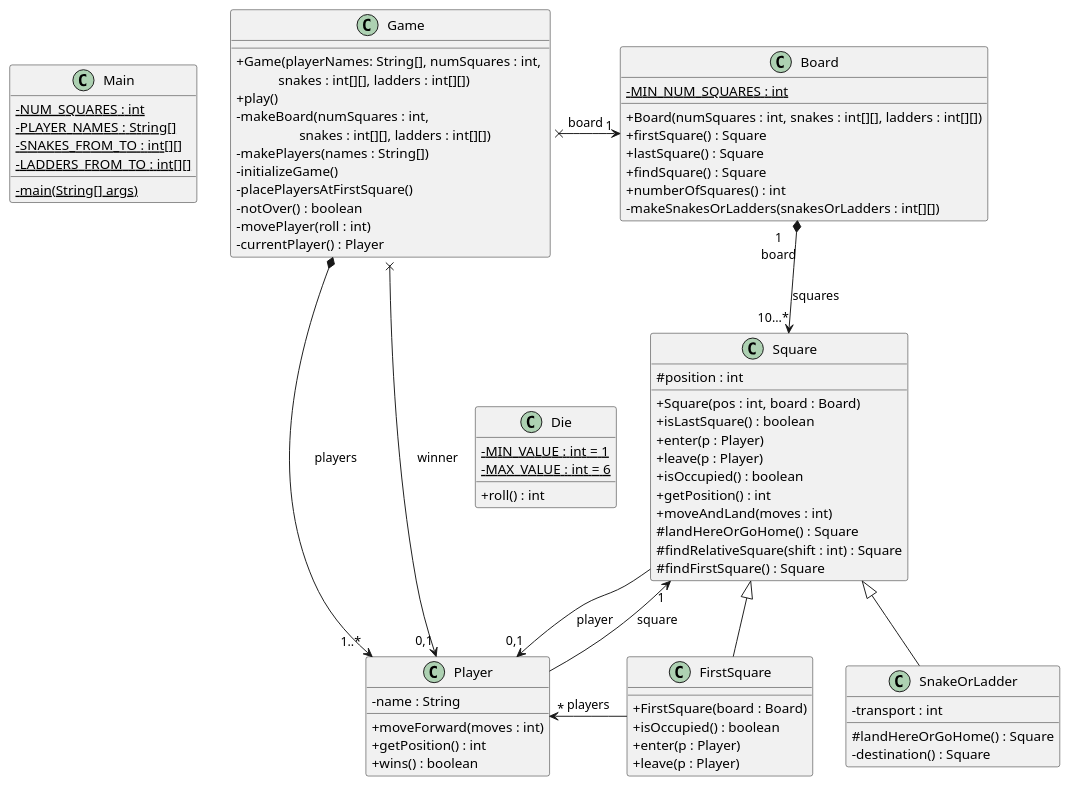
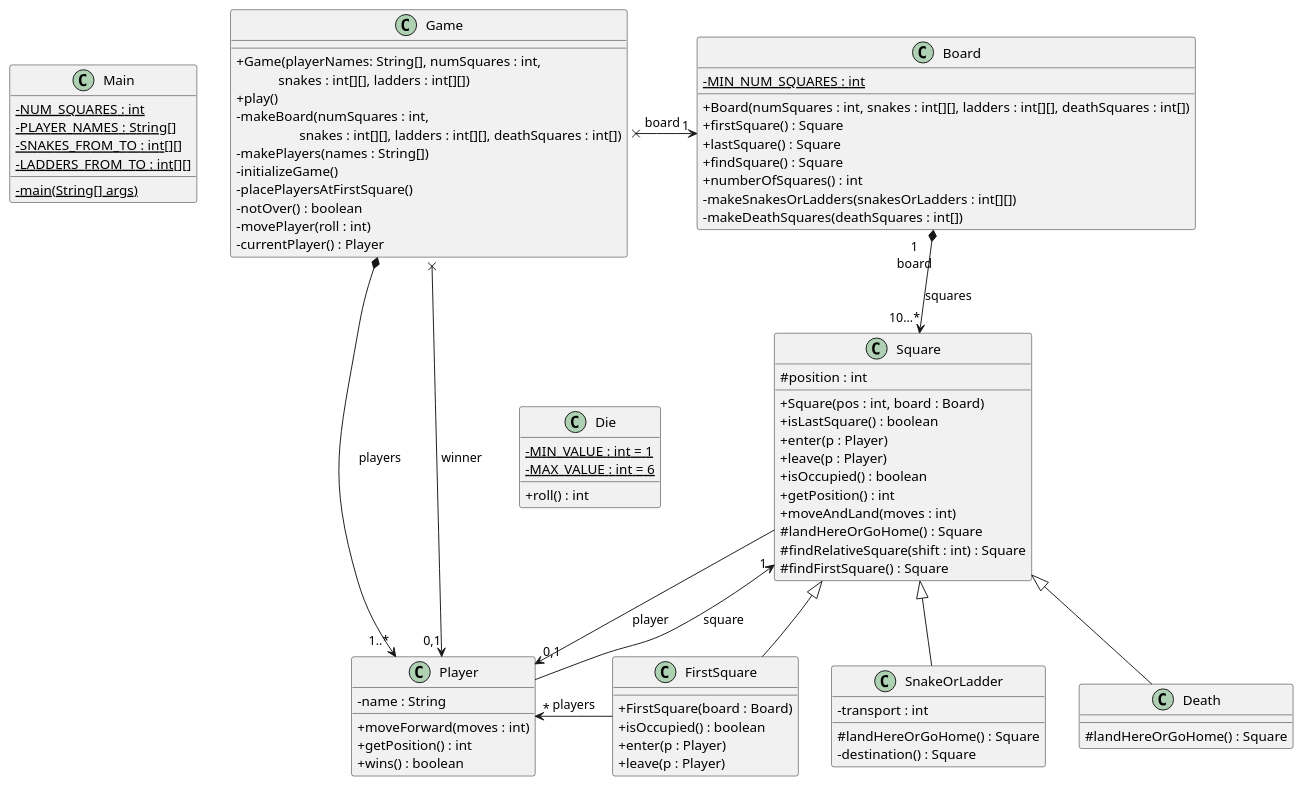
The diagram in out/production/snakes_and_ladders/snakesAndLadders.puml (leonhrt/snakes_and_ladders), drawn with PlantUML before and after one commit. The commit also changed 1 other file, not shown here.

Commit message:
Change on the number of death squares

```diff
--- a/out/production/snakes_and_ladders/snakesAndLadders.puml
+++ b/out/production/snakes_and_ladders/snakesAndLadders.puml
@@ -1,88 +1,93 @@
 @startuml 
 skinparam classAttributeIconSize 0
 ' this is to use the standard notation for public, protected, private
 
 class Main {
 - {static} NUM_SQUARES : int
 - {static} PLAYER_NAMES : String[]
 - {static} SNAKES_FROM_TO : int[][]
 - {static} LADDERS_FROM_TO : int[][]
 - {static} main(String[] args)
 }
 
 class Game {
     + Game(playerNames: String[], numSquares : int, \n\t    snakes : int[][], ladders : int[][])
     + play()
-    - makeBoard(numSquares : int, \n\t\t  snakes : int[][], ladders : int[][])
+    - makeBoard(numSquares : int, \n\t\t  snakes : int[][], ladders : int[][], deathSquares : int[])
     - makePlayers(names : String[])
     - initializeGame()
     - placePlayersAtFirstSquare()
     - notOver() : boolean
     - movePlayer(roll : int)
     - currentPlayer() : Player
 }
 
 class Board {
     - {static} MIN_NUM_SQUARES : int
-    + Board(numSquares : int, snakes : int[][], ladders : int[][])
+    + Board(numSquares : int, snakes : int[][], ladders : int[][], deathSquares : int[])
     + firstSquare() : Square
     + lastSquare() : Square
     + findSquare() : Square
     + numberOfSquares() : int
     - makeSnakesOrLadders(snakesOrLadders : int[][])
+    - makeDeathSquares(deathSquares : int[])
 }
 
 class Die {
     - {static} MIN_VALUE : int = 1
     - {static} MAX_VALUE : int = 6
     + roll() : int
 }
 
 class Square {
     # position : int
     + Square(pos : int, board : Board)
     + isLastSquare() : boolean
     + enter(p : Player)
     + leave(p : Player)
     + isOccupied() : boolean
     + getPosition() : int
     + moveAndLand(moves : int)
     # landHereOrGoHome() : Square
     # findRelativeSquare(shift : int) : Square
     # findFirstSquare() : Square
 }
 
 class Player {
     - name : String
     + moveForward(moves : int)
     + getPosition() : int
     + wins() : boolean
 }
 
 class SnakeOrLadder extends Square {
     - transport : int
     # landHereOrGoHome() : Square
     - destination() : Square
 }
 
+class Death extends Square {
+    # landHereOrGoHome() : Square
+}
+
 class FirstSquare extends Square {
     + FirstSquare(board : Board)
     + isOccupied() : boolean
     + enter(p : Player)
     + leave(p : Player)
 }
 
 ' relative position of classes not related by association
 ' or composition with hidden arrows
 Main -[hidden]right-> Game
 Game -[hidden]down-> Die
 
 'associations
 Game x--right--> "1" Board : board
 Board "1\nboard" *-down-> "10...*" Square : squares
 Game *-down-> "1..*" Player : players
 Game x-down-> "0,1" Player : winner
 Square -down-> "0,1" Player : player
 Player -up-> "1" Square : square
 FirstSquare -left-> "*" Player : players
 @enduml
```
